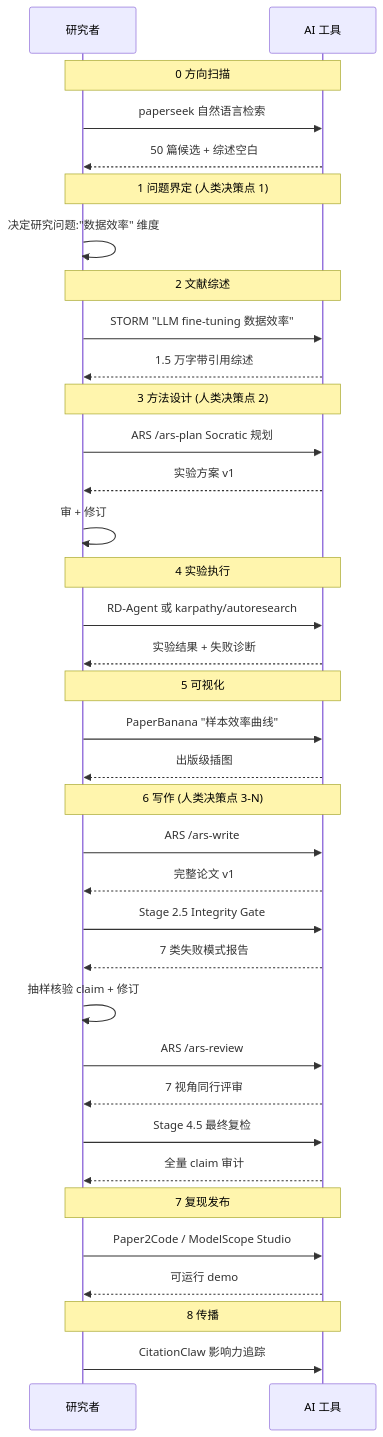
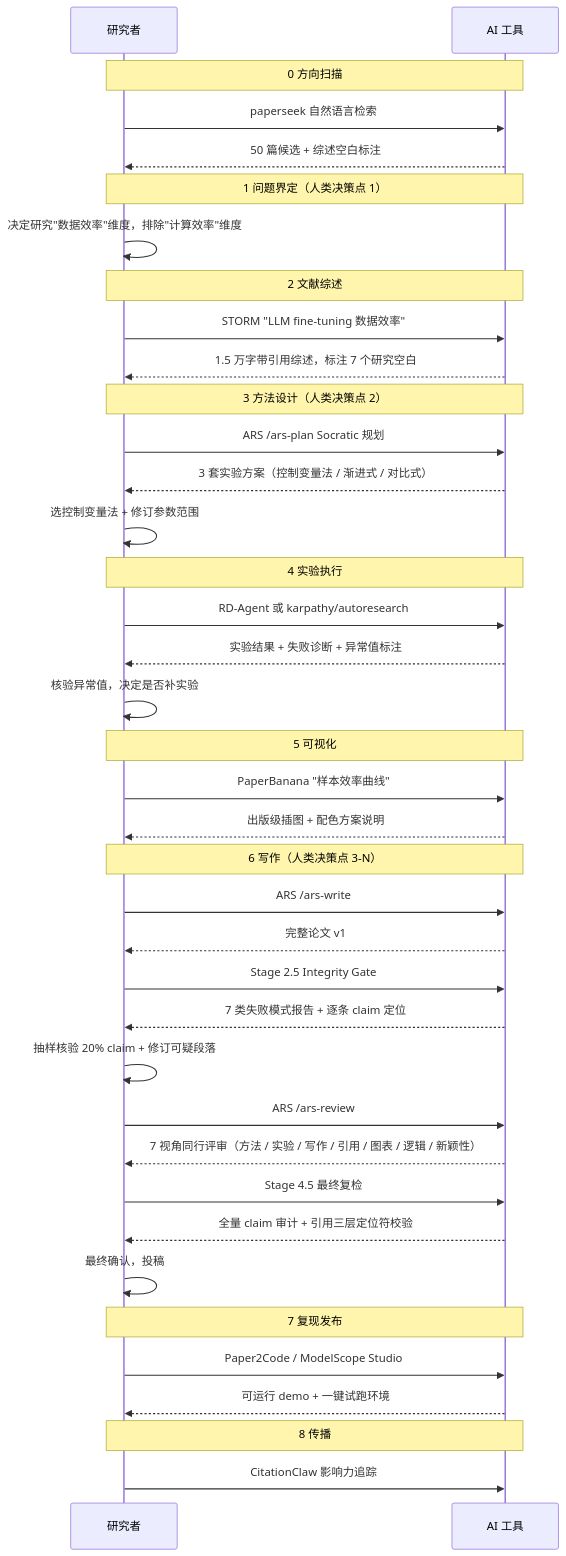
One commit to A1pha3/text-matrix changed the second of 2 diagrams in content/posts/tech/vibe-research-9-stage-ai-assisted-scientific-workflow-2026-06-14.md. Above: the diagram before and after it, drawn with Mermaid. The commit also changed other lines of this file and 1 other file, not shown here.

````diff
--- a/content/posts/tech/vibe-research-9-stage-ai-assisted-scientific-workflow-2026-06-14.md
+++ b/content/posts/tech/vibe-research-9-stage-ai-assisted-scientific-workflow-2026-06-14.md
@@ -130,38 +140,40 @@
 ```mermaid
 sequenceDiagram
     participant U as 研究者
     participant A as AI 工具
     Note over U,A: 0 方向扫描
     U->>A: paperseek 自然语言检索
-    A-->>U: 50 篇候选 + 综述空白
-    Note over U,A: 1 问题界定 (人类决策点 1)
-    U->>U: 决定研究问题:"数据效率" 维度
+    A-->>U: 50 篇候选 + 综述空白标注
+    Note over U,A: 1 问题界定（人类决策点 1）
+    U->>U: 决定研究"数据效率"维度，排除"计算效率"维度
     Note over U,A: 2 文献综述
     U->>A: STORM "LLM fine-tuning 数据效率"
-    A-->>U: 1.5 万字带引用综述
-    Note over U,A: 3 方法设计 (人类决策点 2)
+    A-->>U: 1.5 万字带引用综述，标注 7 个研究空白
+    Note over U,A: 3 方法设计（人类决策点 2）
     U->>A: ARS /ars-plan Socratic 规划
-    A-->>U: 实验方案 v1
-    U->>U: 审 + 修订
+    A-->>U: 3 套实验方案（控制变量法 / 渐进式 / 对比式）
+    U->>U: 选控制变量法 + 修订参数范围
     Note over U,A: 4 实验执行
     U->>A: RD-Agent 或 karpathy/autoresearch
-    A-->>U: 实验结果 + 失败诊断
+    A-->>U: 实验结果 + 失败诊断 + 异常值标注
+    U->>U: 核验异常值，决定是否补实验
     Note over U,A: 5 可视化
     U->>A: PaperBanana "样本效率曲线"
-    A-->>U: 出版级插图
-    Note over U,A: 6 写作 (人类决策点 3-N)
+    A-->>U: 出版级插图 + 配色方案说明
+    Note over U,A: 6 写作（人类决策点 3-N）
     U->>A: ARS /ars-write
     A-->>U: 完整论文 v1
     U->>A: Stage 2.5 Integrity Gate
-    A-->>U: 7 类失败模式报告
-    U->>U: 抽样核验 claim + 修订
+    A-->>U: 7 类失败模式报告 + 逐条 claim 定位
+    U->>U: 抽样核验 20% claim + 修订可疑段落
     U->>A: ARS /ars-review
-    A-->>U: 7 视角同行评审
+    A-->>U: 7 视角同行评审（方法 / 实验 / 写作 / 引用 / 图表 / 逻辑 / 新颖性）
     U->>A: Stage 4.5 最终复检
-    A-->>U: 全量 claim 审计
+    A-->>U: 全量 claim 审计 + 引用三层定位符校验
+    U->>U: 最终确认，投稿
     Note over U,A: 7 复现发布
     U->>A: Paper2Code / ModelScope Studio
-    A-->>U: 可运行 demo
+    A-->>U: 可运行 demo + 一键试跑环境
     Note over U,A: 8 传播
     U->>A: CitationClaw 影响力追踪
 ```
````
